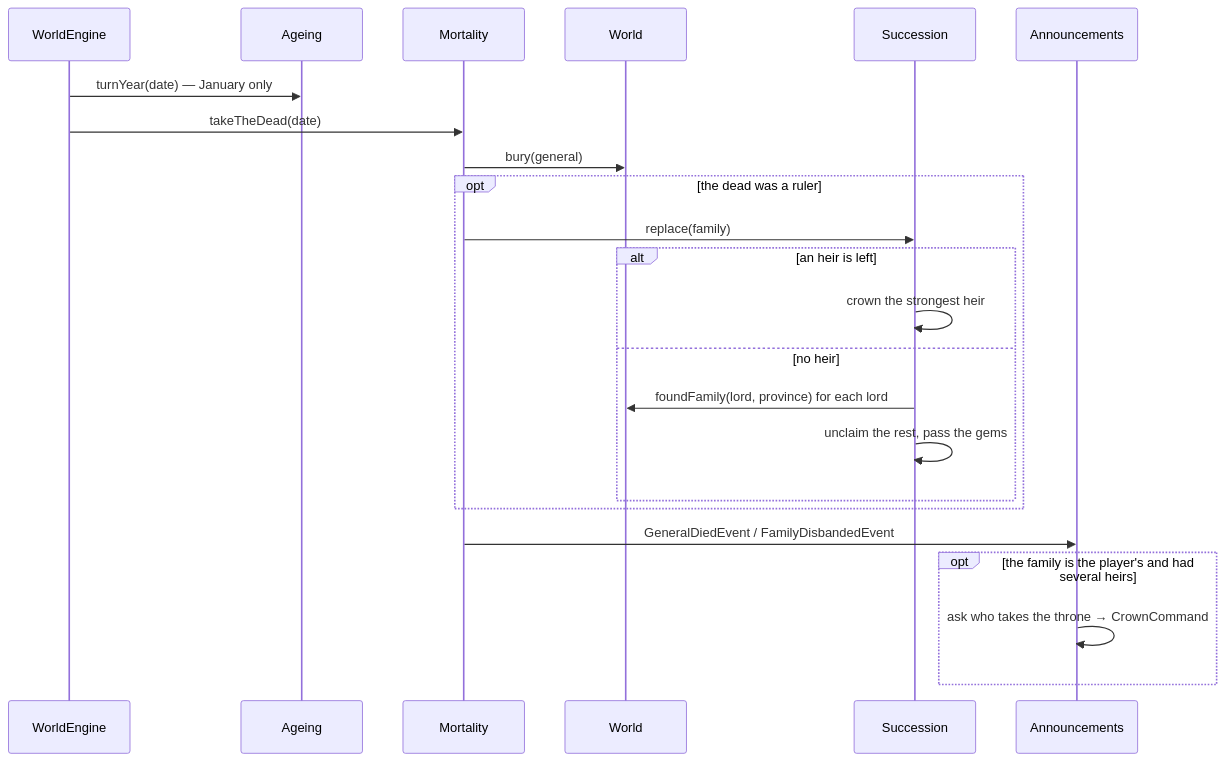
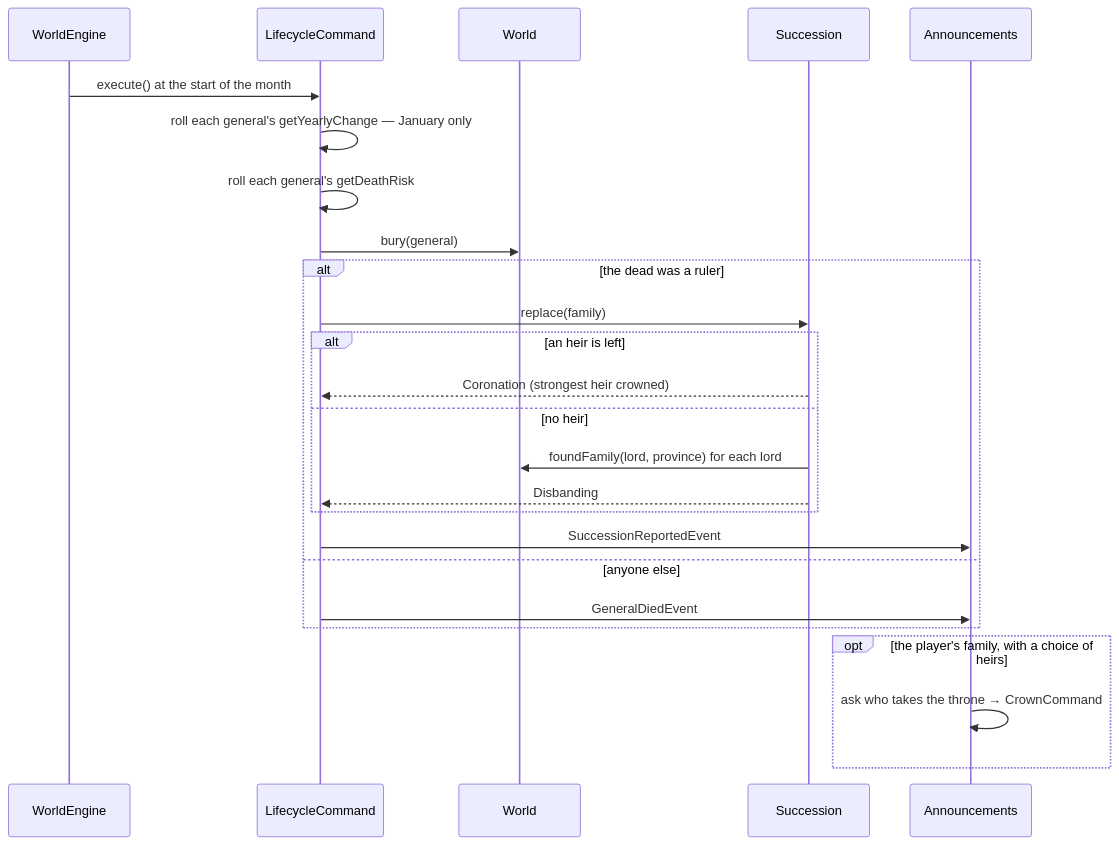
Before and after one commit to pslotinsky/kunstkamera: the third of 3 diagrams in gemfire/docs/design/11-character-lifecycle.md, drawn with Mermaid. The commit also changed other lines of this file and 31 other files, not shown here.

Commit message:
feat(gemfire): grow old, die, and pass the crown to an heir

````diff
--- a/gemfire/docs/design/11-character-lifecycle.md
+++ b/gemfire/docs/design/11-character-lifecycle.md
@@ -162,26 +164,28 @@
 ```mermaid
 sequenceDiagram
   participant Engine as WorldEngine
-  participant Ageing
-  participant Mortality
+  participant Life as LifecycleCommand
   participant World
   participant Succession
   participant News as Announcements
 
-  Engine->>Ageing: turnYear(date) — January only
-  Engine->>Mortality: takeTheDead(date)
-  Mortality->>World: bury(general)
-  opt the dead was a ruler
-    Mortality->>Succession: replace(family)
+  Engine->>Life: execute() at the start of the month
+  Life->>Life: roll each general's getYearlyChange — January only
+  Life->>Life: roll each general's getDeathRisk
+  Life->>World: bury(general)
+  alt the dead was a ruler
+    Life->>Succession: replace(family)
     alt an heir is left
-      Succession->>Succession: crown the strongest heir
+      Succession-->>Life: Coronation (strongest heir crowned)
     else no heir
       Succession->>World: foundFamily(lord, province) for each lord
-      Succession->>Succession: unclaim the rest, pass the gems
+      Succession-->>Life: Disbanding
     end
+    Life->>News: SuccessionReportedEvent
+  else anyone else
+    Life->>News: GeneralDiedEvent
   end
-  Mortality->>News: GeneralDiedEvent / FamilyDisbandedEvent
-  opt the family is the player's and had several heirs
+  opt the player's family, with a choice of heirs
     News->>News: ask who takes the throne → CrownCommand
   end
 ```
````
